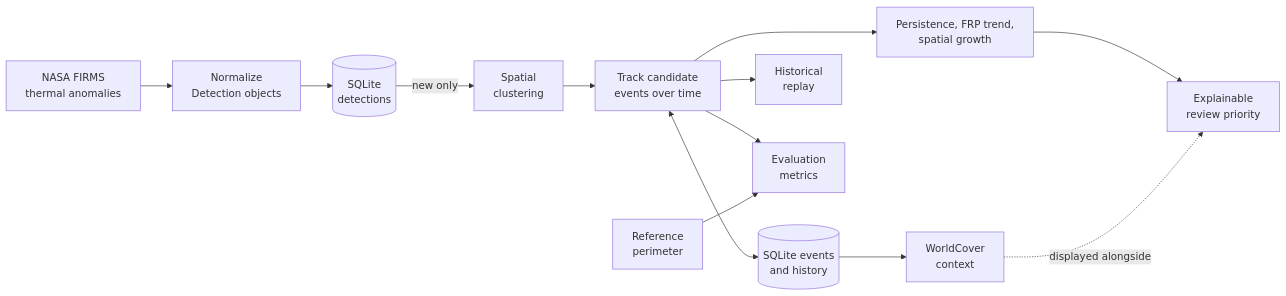
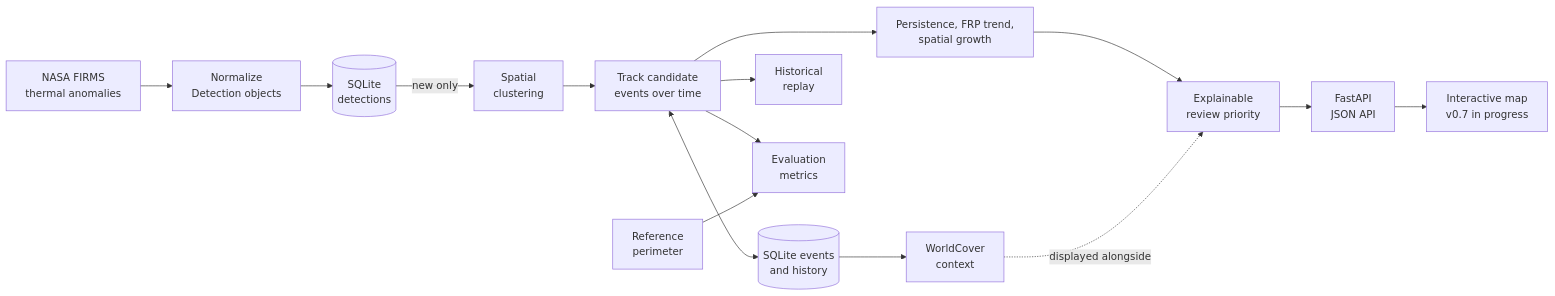
The diagram in README.md (stoppo22/wildfirewatch), drawn with Mermaid before and after one commit. The commit also changed other lines of this file and 3 other files, not shown here.

````diff
--- a/README.md
+++ b/README.md
@@ -17,15 +17,17 @@
 ```mermaid
 flowchart LR
     A[NASA FIRMS<br/>thermal anomalies] --> B[Normalize<br/>Detection objects]
     B --> H[(SQLite<br/>detections)]
     H -- new only --> C[Spatial<br/>clustering]
     C --> D[Track candidate<br/>events over time]
     D <--> I[(SQLite events<br/>and history)]
     D --> E[Historical<br/>replay]
     D --> F[Evaluation<br/>metrics]
     G[Reference<br/>perimeter] --> F
     D --> J[Persistence, FRP trend,<br/>spatial growth]
     J --> K[Explainable<br/>review priority]
     I --> L[WorldCover<br/>context]
     L -. displayed alongside .-> K
+    K --> M[FastAPI<br/>JSON API]
+    M --> N[Interactive map<br/>v0.7 in progress]
 ```
````
